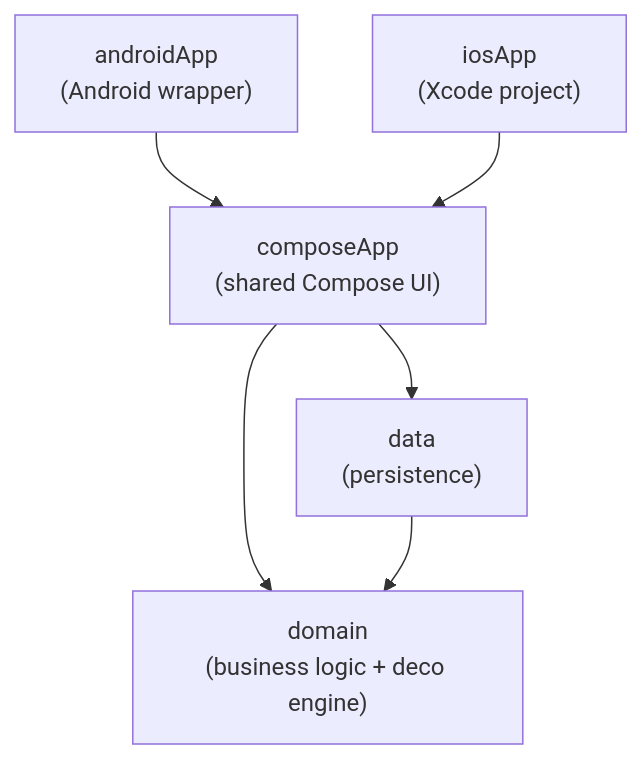
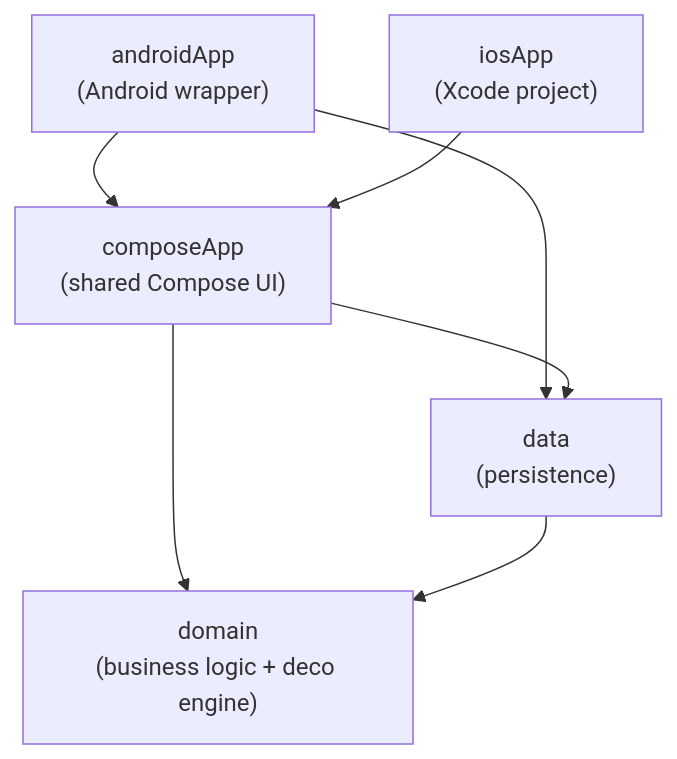
Before and after one commit to NeoTech-Software/Abysner: the first of 2 diagrams in docs/ARCHITECTURE.md, drawn with Mermaid. The commit also changed other lines of this file and 2 other files, not shown here.

First line of the commit message:
Docs: Correct architecture details and tighten wording after review

````diff
--- a/docs/ARCHITECTURE.md
+++ b/docs/ARCHITECTURE.md
@@ -42,14 +45,15 @@
 ```mermaid
 graph TD
     androidApp["androidApp<br/>(Android wrapper)"]
     iosApp["iosApp<br/>(Xcode project)"]
     composeApp["composeApp<br/>(shared Compose UI)"]
     data["data<br/>(persistence)"]
     domain["domain<br/>(business logic + deco engine)"]
 
     androidApp --> composeApp
+    androidApp --> data
     iosApp --> composeApp
     composeApp --> data
     composeApp --> domain
     data --> domain
 ```
````
